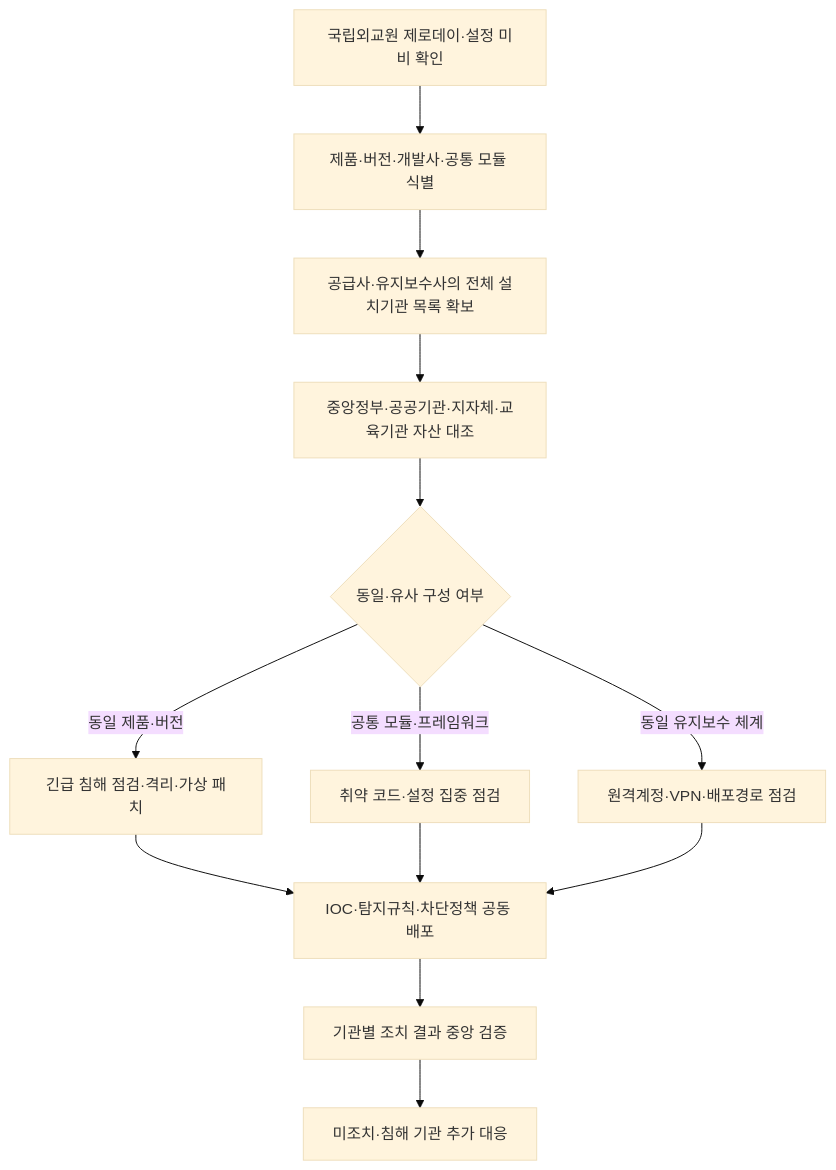
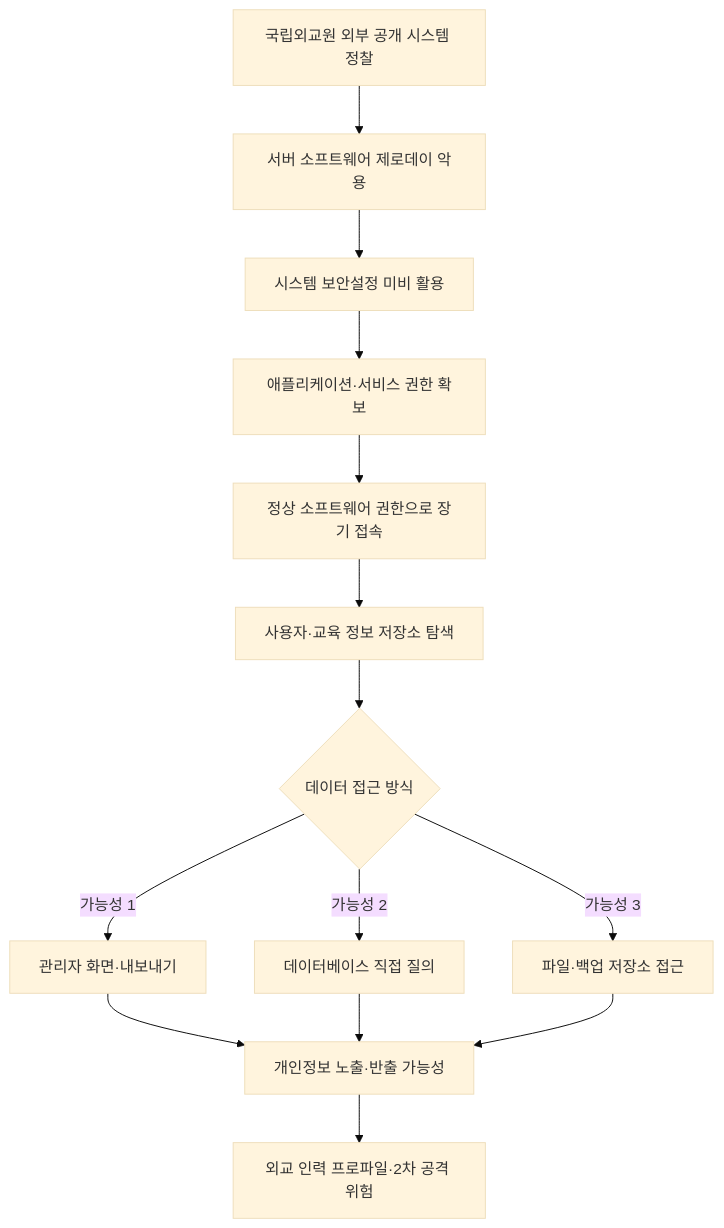
One commit to qubitsec/blog changed the first of 2 diagrams in content/ko/threats/case-knda-hack-2026.md. Above: the diagram before and after it, drawn with Mermaid (base theme). The commit also changed other lines of this file, not shown here.

````diff
--- a/content/ko/threats/case-knda-hack-2026.md
+++ b/content/ko/threats/case-knda-hack-2026.md
@@ -638,15 +312,16 @@
 ```mermaid
 flowchart TD
-    A[국립외교원 제로데이·설정 미비 확인] --> B[제품·버전·개발사·공통 모듈 식별]
-    B --> C[공급사·유지보수사의 전체 설치기관 목록 확보]
-    C --> D[중앙정부·공공기관·지자체·교육기관 자산 대조]
-    D --> E{동일·유사 구성 여부}
-    E -->|동일 제품·버전| F[긴급 침해 점검·격리·가상 패치]
-    E -->|공통 모듈·프레임워크| G[취약 코드·설정 집중 점검]
-    E -->|동일 유지보수 체계| H[원격계정·VPN·배포경로 점검]
-    F --> I[IOC·탐지규칙·차단정책 공동 배포]
-    G --> I
-    H --> I
-    I --> J[기관별 조치 결과 중앙 검증]
-    J --> K[미조치·침해 기관 추가 대응]
+    A[국립외교원 외부 공개 시스템 정찰] --> B[서버 소프트웨어 제로데이 악용]
+    B --> C[시스템 보안설정 미비 활용]
+    C --> D[애플리케이션·서비스 권한 확보]
+    D --> E[정상 소프트웨어 권한으로 장기 접속]
+    E --> F[사용자·교육 정보 저장소 탐색]
+    F --> G{데이터 접근 방식}
+    G -->|가능성 1| H[관리자 화면·내보내기]
+    G -->|가능성 2| I[데이터베이스 직접 질의]
+    G -->|가능성 3| J[파일·백업 저장소 접근]
+    H --> K[개인정보 노출·반출 가능성]
+    I --> K
+    J --> K
+    K --> L[외교 인력 프로파일·2차 공격 위험]
 ```
````
